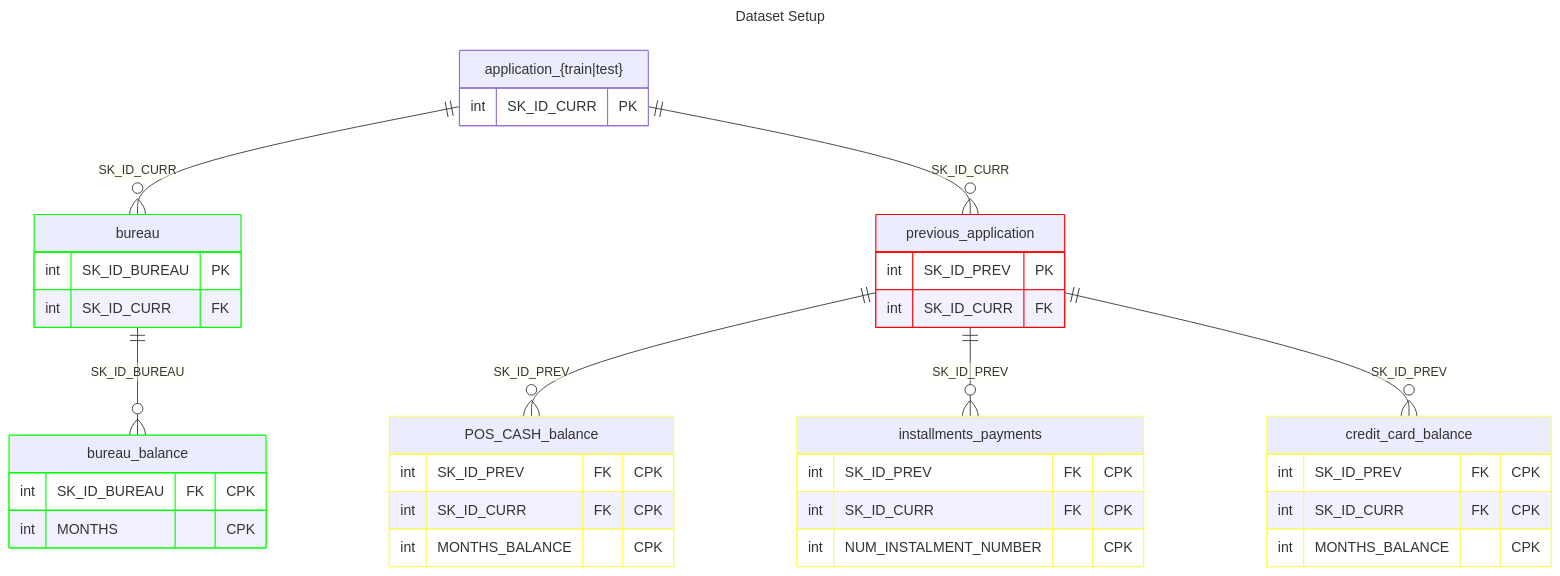
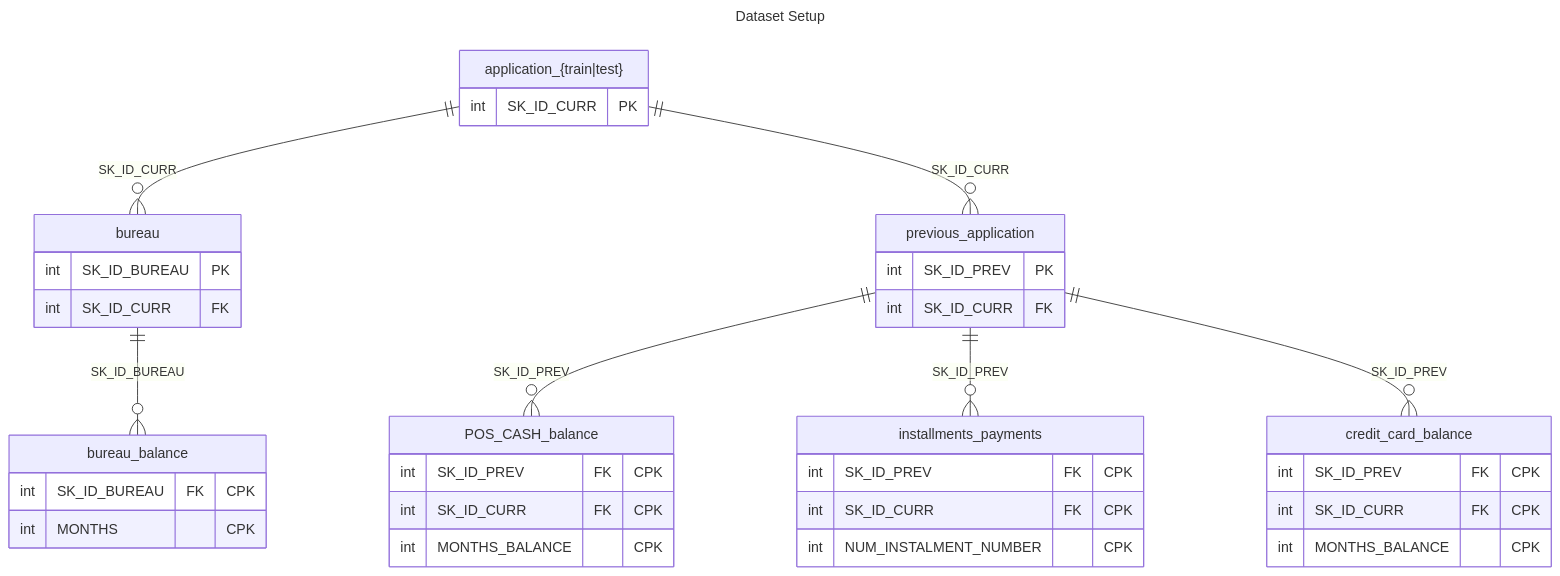
Before and after one commit to bkusuma/home-credit-default-risk: the diagram in README.md, drawn with Mermaid.

````diff
--- a/README.md
+++ b/README.md
@@ -44,53 +44,46 @@
 ```mermaid
 ---
 title: Dataset Setup
 ---
 
 erDiagram
     "application_{train|test}" {
         int SK_ID_CURR PK
     }
     bureau {
         int SK_ID_BUREAU PK
         int SK_ID_CURR FK
     }
     previous_application {
         int SK_ID_PREV PK
         int SK_ID_CURR FK
     }
     bureau_balance {
         int SK_ID_BUREAU FK "CPK"
         int MONTHS "CPK"
     }
     POS_CASH_balance {
         int SK_ID_PREV FK "CPK"
         int SK_ID_CURR FK "CPK"
         int MONTHS_BALANCE "CPK"
     }
     installments_payments {
         int SK_ID_PREV FK "CPK"
         int SK_ID_CURR FK "CPK"
         int NUM_INSTALMENT_NUMBER "CPK"
     }
     credit_card_balance {
         int SK_ID_PREV FK "CPK"
         int SK_ID_CURR FK "CPK" 
         int MONTHS_BALANCE "CPK"
     }
 
 
 
     "application_{train|test}" ||--o{ bureau : "SK_ID_CURR"
     "application_{train|test}" ||--o{ previous_application : "SK_ID_CURR"
     bureau ||--o{ bureau_balance : "SK_ID_BUREAU"
     previous_application ||--o{ POS_CASH_balance: "SK_ID_PREV"
     previous_application ||--o{ installments_payments : "SK_ID_PREV"
     previous_application ||--o{ credit_card_balance : "SK_ID_PREV"
-
-    style bureau stroke:#0f0
-    style bureau_balance stroke:#0f0
-    style previous_application stroke:#f00
-    style POS_CASH_balance stroke:#fcfc58
-    style installments_payments stroke:#fcfc58
-    style credit_card_balance stroke:#fcfc58
 ```
````
